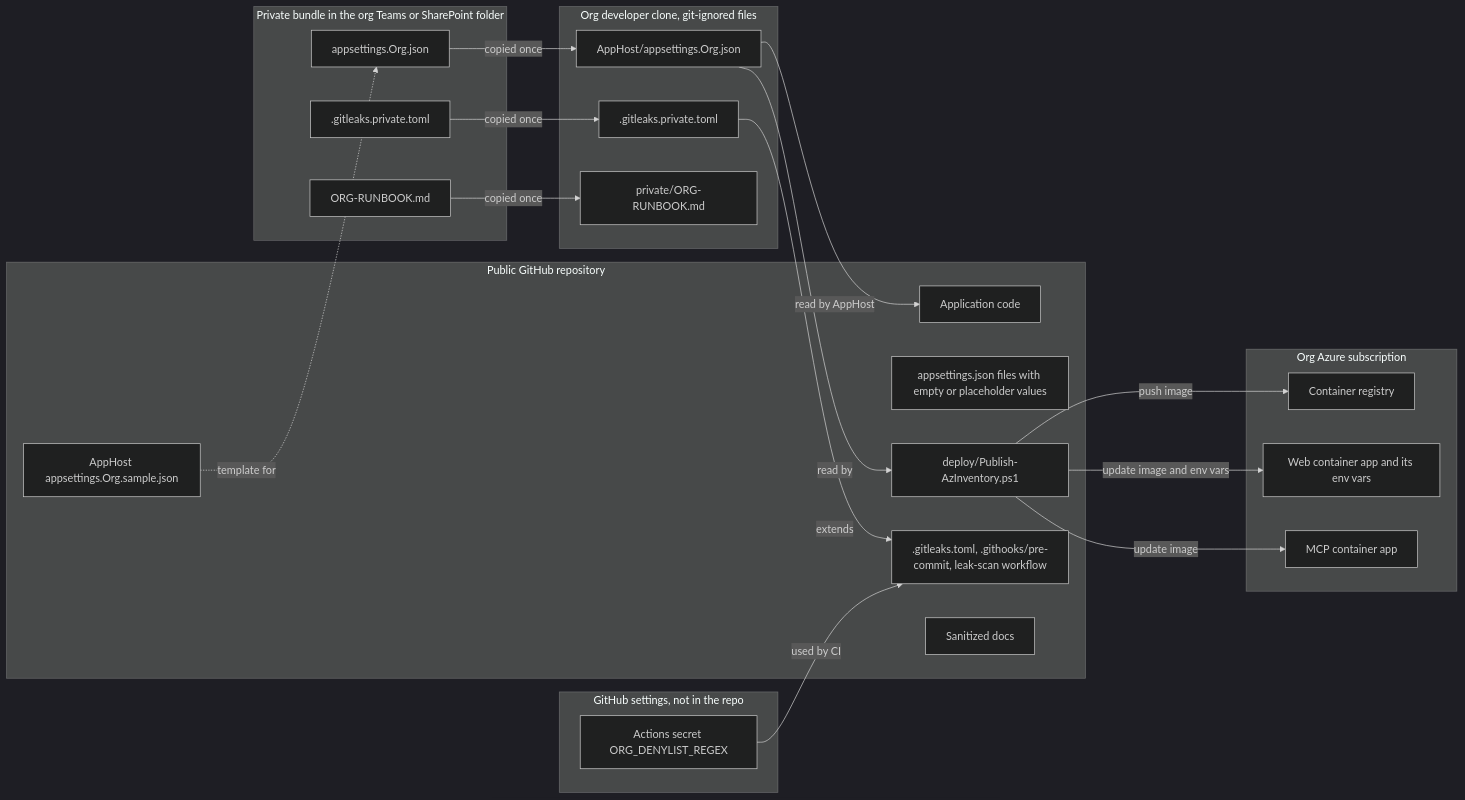
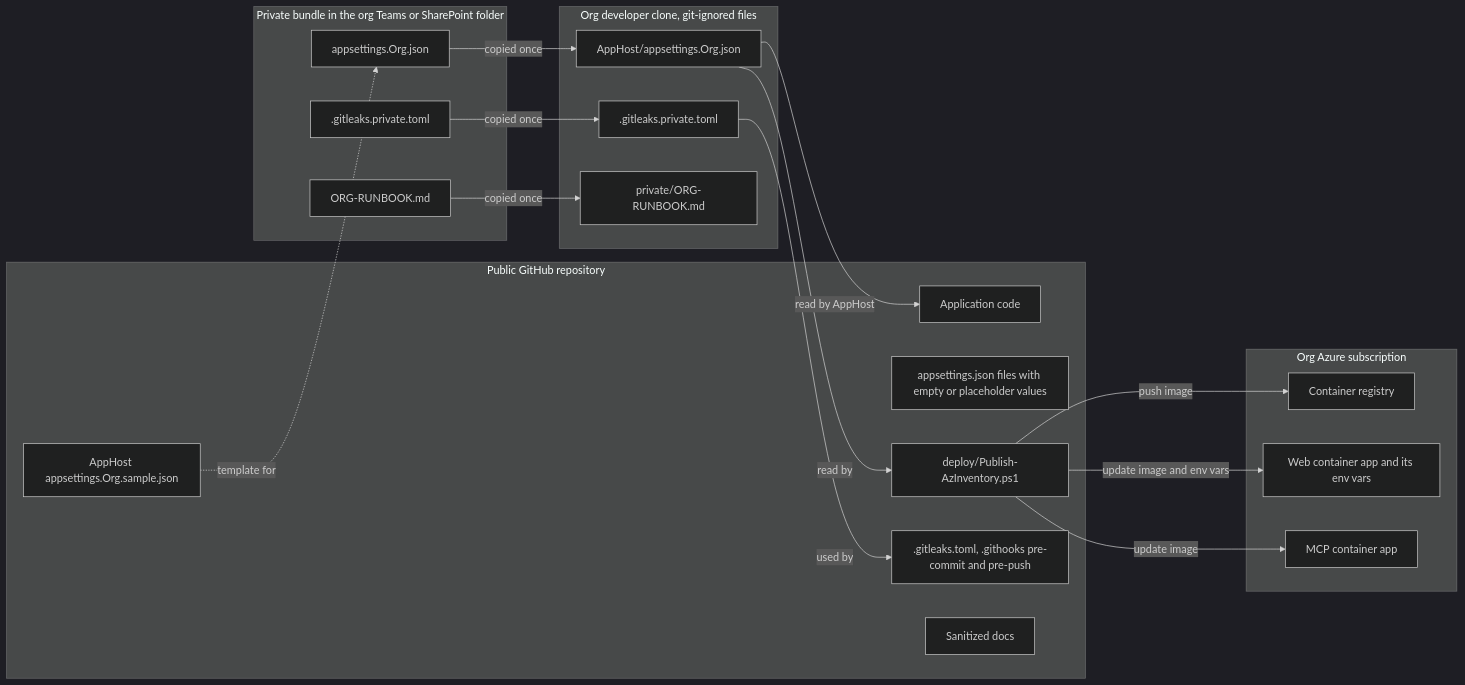
The first of 7 diagrams in Docs/public-release-and-org-config-plan.md (ADefWebserver/Blazor-Azure-Inventory), drawn with Mermaid (dark theme) before and after one commit. The commit also changed other lines of this file and 4 other files, not shown here.

Commit message:
chore(Security): Replace GitHub leak-scan workflow with a gitleaks pre-push hook

````diff
--- a/Docs/public-release-and-org-config-plan.md
+++ b/Docs/public-release-and-org-config-plan.md
@@ -79,45 +79,40 @@
 ```mermaid
 flowchart LR
     subgraph Public["Public GitHub repository"]
         Code["Application code"]
         Base["appsettings.json files with empty or placeholder values"]
         Sample["AppHost appsettings.Org.sample.json"]
         Script["deploy/Publish-AzInventory.ps1"]
-        Guard[".gitleaks.toml, .githooks/pre-commit, leak-scan workflow"]
+        Guard[".gitleaks.toml, .githooks pre-commit and pre-push"]
         Docs["Sanitized docs"]
     end
 
     subgraph Bundle["Private bundle in the org Teams or SharePoint folder"]
         OrgJson["appsettings.Org.json"]
         PrivToml[".gitleaks.private.toml"]
         Runbook["ORG-RUNBOOK.md"]
     end
 
     subgraph Clone["Org developer clone, git-ignored files"]
         LocalOrg["AppHost/appsettings.Org.json"]
         LocalToml[".gitleaks.private.toml"]
         LocalRunbook["private/ORG-RUNBOOK.md"]
     end
 
-    subgraph GH["GitHub settings, not in the repo"]
-        Secret["Actions secret ORG_DENYLIST_REGEX"]
-    end
-
     subgraph Azure["Org Azure subscription"]
         ACR["Container registry"]
         Web["Web container app and its env vars"]
         Mcp["MCP container app"]
     end
 
     OrgJson -->|"copied once"| LocalOrg
     PrivToml -->|"copied once"| LocalToml
     Runbook -->|"copied once"| LocalRunbook
     Sample -.->|"template for"| OrgJson
     LocalOrg -->|"read by"| Script
     LocalOrg -->|"read by AppHost"| Code
-    LocalToml -->|"extends"| Guard
-    Secret -->|"used by CI"| Guard
+    LocalToml -->|"used by"| Guard
     Script -->|"push image"| ACR
     Script -->|"update image and env vars"| Web
     Script -->|"update image"| Mcp
 ```
````
